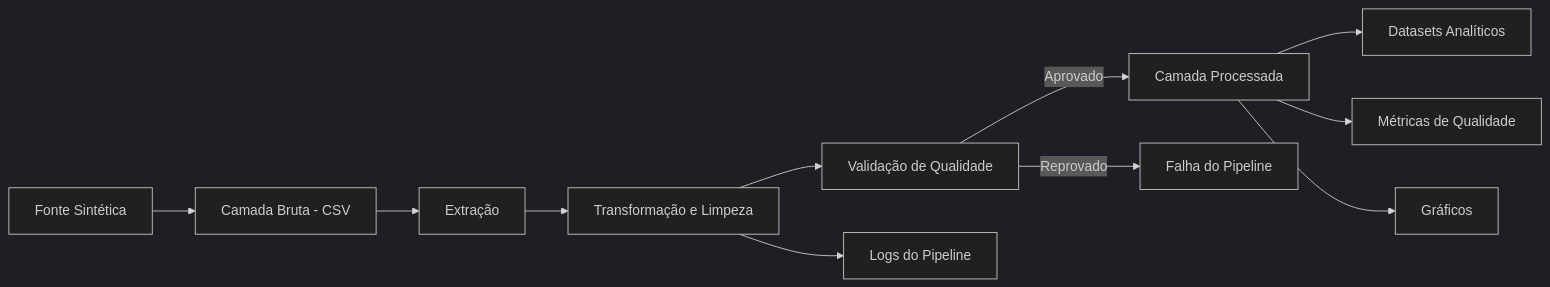
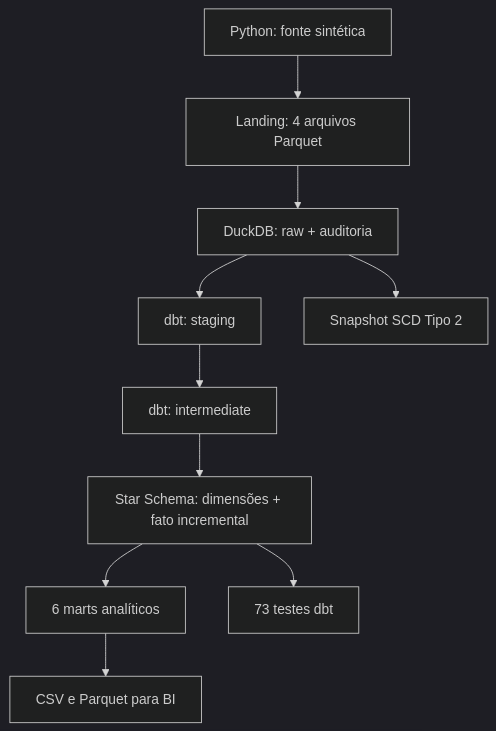
The first of 2 diagrams in README.md (Victorvanzella/Sales-Analytics-Data-Pipeline), drawn with Mermaid (dark theme) before and after one commit. The commit also changed other lines of this file and 76 other files, not shown here.

````diff
--- a/README.md
+++ b/README.md
@@ -36,13 +51,12 @@
 ```mermaid
-flowchart LR
-    A[Fonte Sintética] --> B[Camada Bruta - CSV]
-    B --> C[Extração]
-    C --> D[Transformação e Limpeza]
-    D --> E[Validação de Qualidade]
-    E -->|Aprovado| F[Camada Processada]
-    E -->|Reprovado| G[Falha do Pipeline]
-    F --> H[Datasets Analíticos]
-    F --> I[Métricas de Qualidade]
-    F --> J[Gráficos]
-    D --> K[Logs do Pipeline]
+flowchart TD
+    A["Python: fonte sintética"] --> B["Landing: 4 arquivos Parquet"]
+    B --> C["DuckDB: raw + auditoria"]
+    C --> D["dbt: staging"]
+    D --> E["dbt: intermediate"]
+    E --> F["Star Schema: dimensões + fato incremental"]
+    F --> G["6 marts analíticos"]
+    G --> H["CSV e Parquet para BI"]
+    F --> I["73 testes dbt"]
+    C --> J["Snapshot SCD Tipo 2"]
 ```
````
